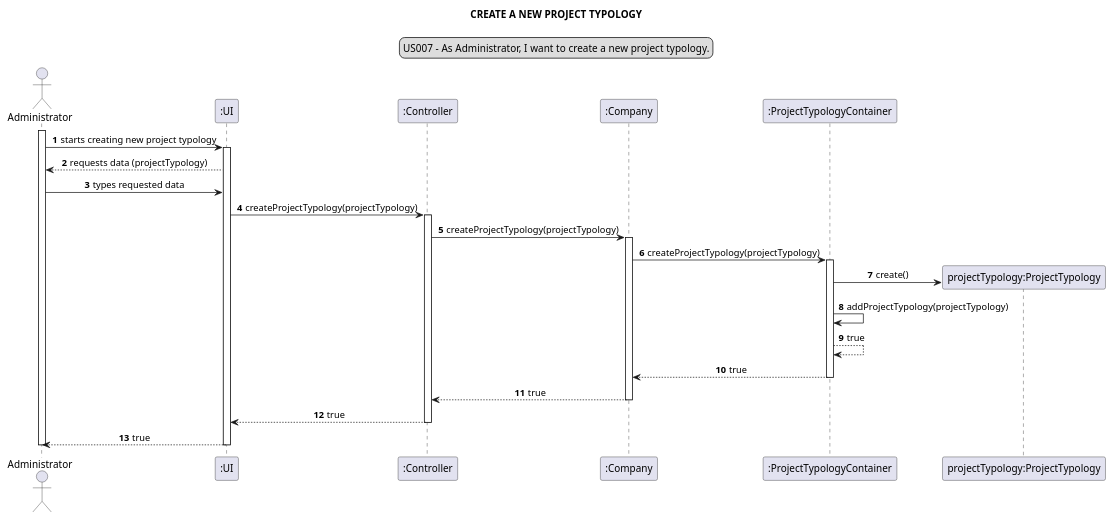
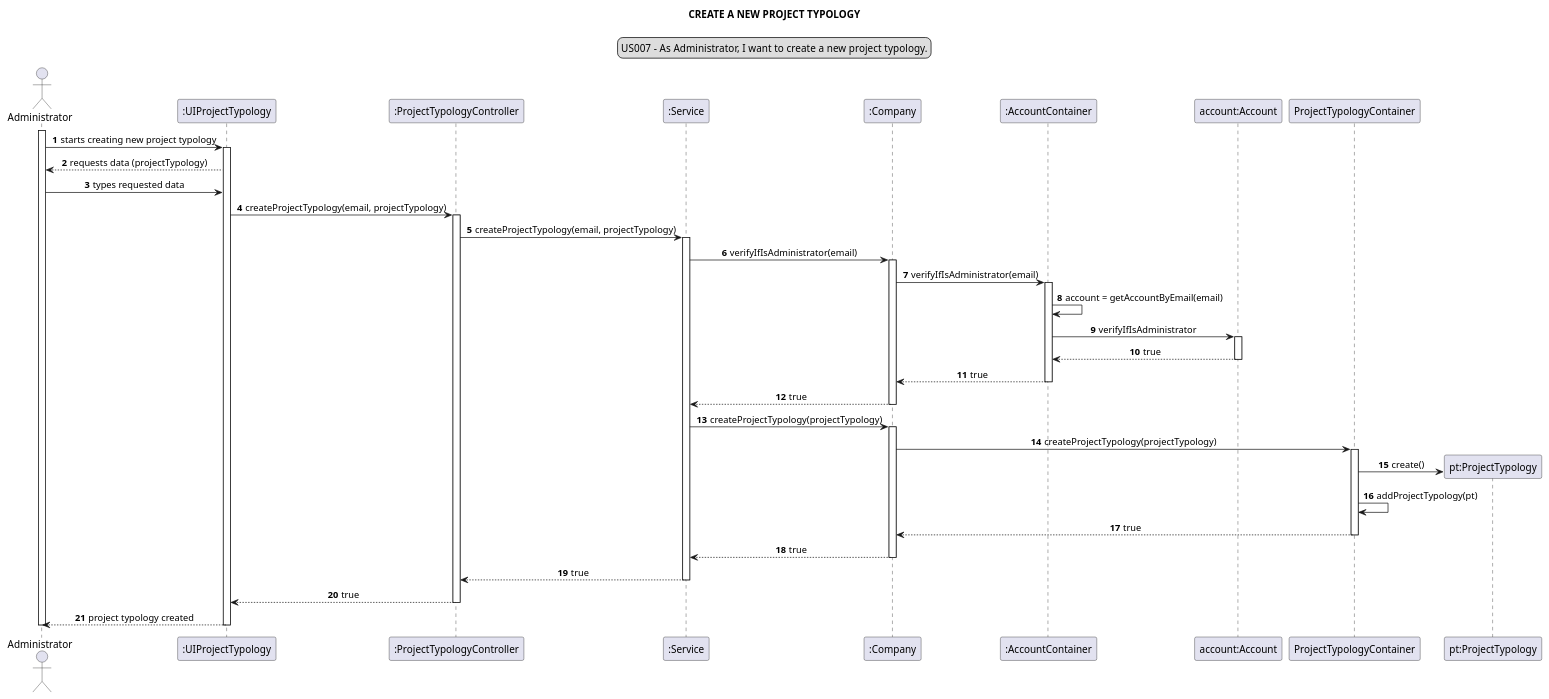
The diagram in docs/modelling_design/user_stories/us007/US007_sequenceDiagram.puml (Loracline/project_switch_22-23), drawn with PlantUML before and after one commit. The commit also changed 13 other files, not shown here.

First line of the commit message:
US 005,006 : Design : Addition of photos of class and sequence diagram

```diff
--- a/docs/modelling_design/user_stories/us007/US007_sequenceDiagram.puml
+++ b/docs/modelling_design/user_stories/us007/US007_sequenceDiagram.puml
@@ -1,42 +1,62 @@
 @startuml
 'https://plantuml.com/sequence-diagram
 
 autonumber
 skinparam sequenceMessageAlign center
 title CREATE A NEW PROJECT TYPOLOGY
 legend top
 US007 - As Administrator, I want to create a new project typology.
 end legend
 
 actor Administrator as a
-participant ":UI" as ui
-participant ":Controller" as ct
+participant ":UIProjectTypology" as ui
+participant ":ProjectTypologyController" as ct
+participant ":Service" as sv
 participant ":Company" as c
-participant ":ProjectTypologyContainer" as pc
-participant "projectTypology:ProjectTypology" as pt
+participant ":AccountContainer" as acc
+participant "account:Account" as ac
+participant "ProjectTypologyContainer" as ptc
+participant "pt:ProjectTypology" as pty
+
 
 activate a
 a -> ui: starts creating new project typology
 activate ui
 ui --> a: requests data (projectTypology)
 a -> ui: types requested data
-ui -> ct: createProjectTypology(projectTypology)
+ui -> ct: createProjectTypology(email, projectTypology)
 activate ct
-ct -> c: createProjectTypology(projectTypology)
+ct -> sv: createProjectTypology(email, projectTypology)
+activate sv
+sv -> c: verifyIfIsAdministrator(email)
 activate c
-c -> pc: createProjectTypology(projectTypology)
-activate pc
-create pt
-pc -> pt: create()
-pc -> pc: addProjectTypology(projectTypology)
-pc --> pc: true
-pc --> c: true
-deactivate pc
-c --> ct: true
+c -> acc: verifyIfIsAdministrator(email)
+activate acc
+acc -> acc: account = getAccountByEmail(email)
+acc -> ac: verifyIfIsAdministrator
+activate ac
+ac --> acc: true
+deactivate ac
+acc --> c: true
+deactivate acc
+c --> sv: true
 deactivate c
+sv -> c: createProjectTypology(projectTypology)
+activate c
+c -> ptc: createProjectTypology(projectTypology)
+activate ptc
+create pty
+ptc -> pty: create()
+ptc -> ptc: addProjectTypology(pt)
+ptc --> c: true
+deactivate ptc
+c --> sv: true
+deactivate c
+sv --> ct: true
+deactivate sv
 ct --> ui: true
 deactivate ct
-ui --> a: true
+ui --> a: project typology created
 deactivate ui
 deactivate a
 @enduml
```
